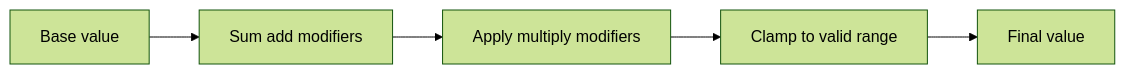
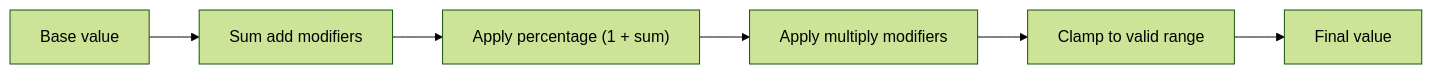
One commit to shuck-dev/volley changed the fourth of 10 diagrams in designs/01-prototype/04-effect-system.md. Above: the diagram before and after it, drawn with Mermaid (forest theme). The commit also changed other lines of this file, not shown here.

````diff
--- a/designs/01-prototype/04-effect-system.md
+++ b/designs/01-prototype/04-effect-system.md
@@ -253,4 +269,4 @@
 ```mermaid
 flowchart LR
-    Base[Base value] --> Add[Sum add modifiers] --> Multiply[Apply multiply modifiers] --> Clamp[Clamp to valid range] --> Final[Final value]
+    Base[Base value] --> Add[Sum add modifiers] --> Pct["Apply percentage (1 + sum)"] --> Multiply[Apply multiply modifiers] --> Clamp[Clamp to valid range] --> Final[Final value]
 ```
````
